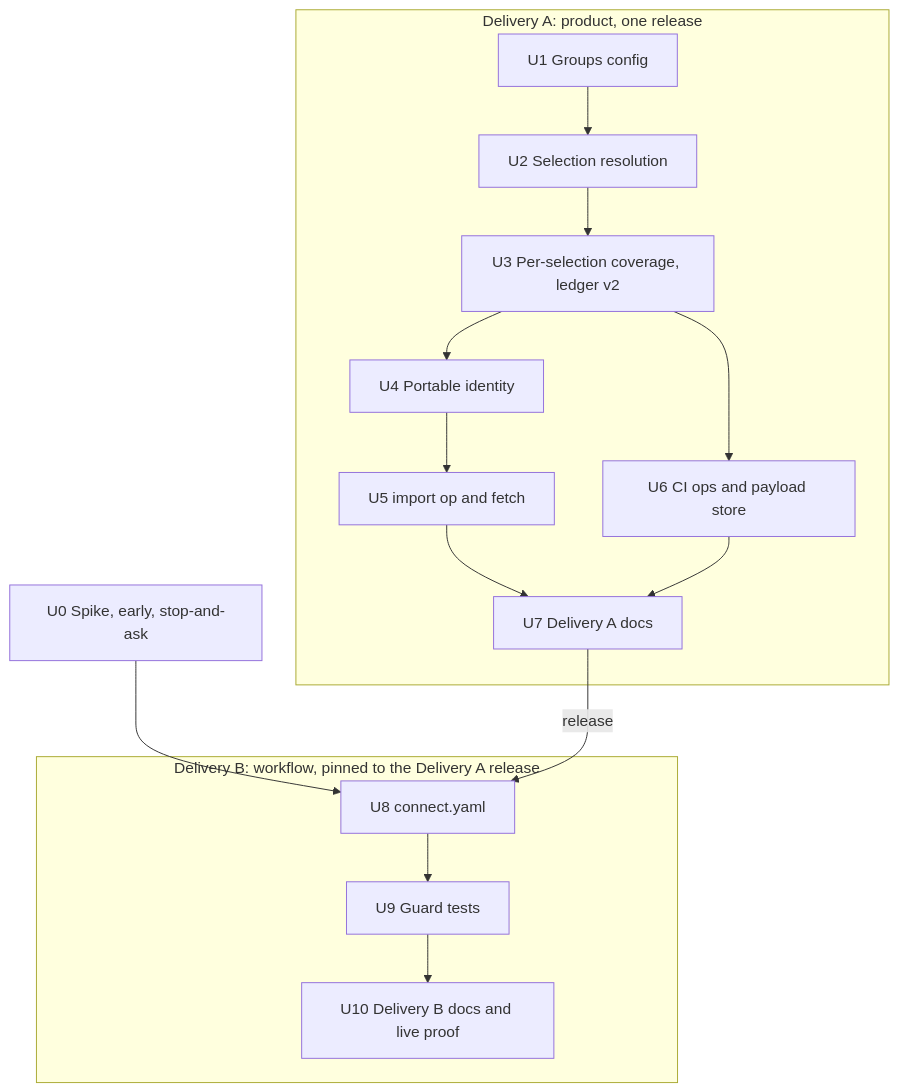
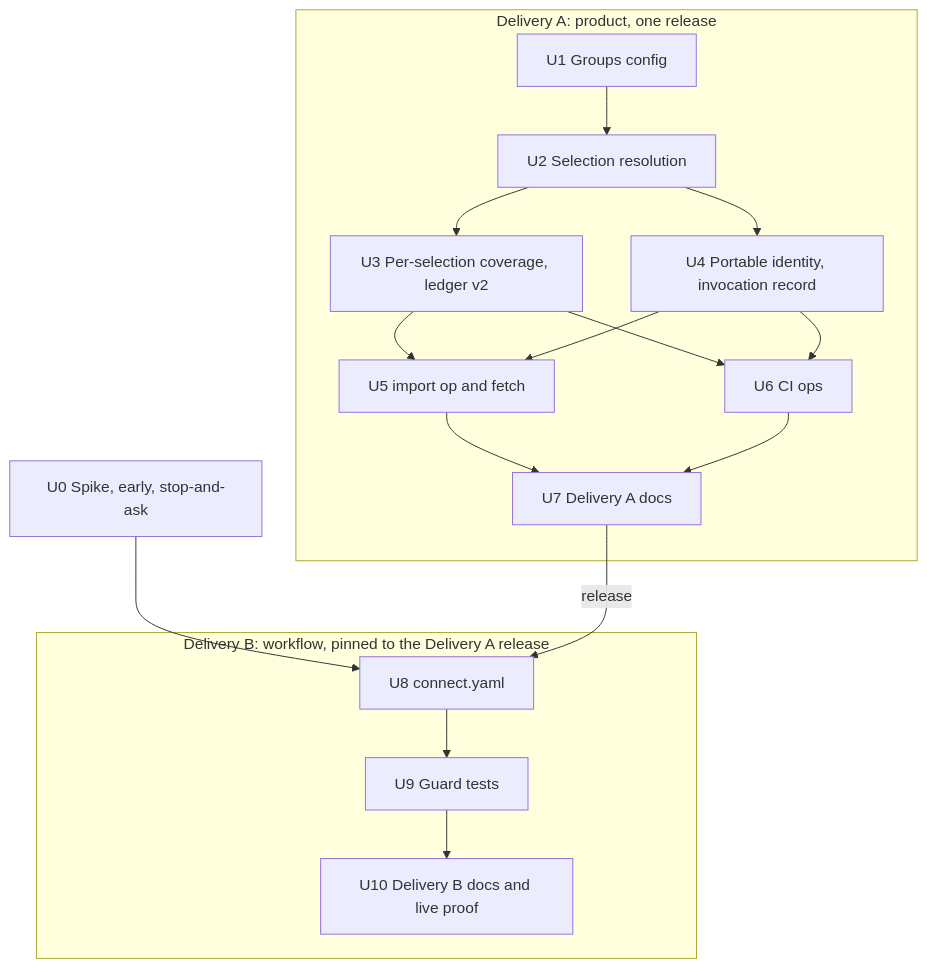
The second of 2 diagrams in docs/plans/2026-11-12-001-feat-connect-groups-scheduled-runs-plan.md (marcusrbrown/systematic), drawn with Mermaid before and after one commit. The commit also changed other lines of this file, not shown here.

````diff
--- a/docs/plans/2026-11-12-001-feat-connect-groups-scheduled-runs-plan.md
+++ b/docs/plans/2026-11-12-001-feat-connect-groups-scheduled-runs-plan.md
@@ -428,18 +449,20 @@
 ```mermaid
 flowchart TB
     subgraph A[Delivery A: product, one release]
       U1[U1 Groups config] --> U2[U2 Selection resolution]
       U2 --> U3[U3 Per-selection coverage, ledger v2]
-      U3 --> U4[U4 Portable identity]
-      U4 --> U5[U5 import op and fetch]
-      U3 --> U6[U6 CI ops and payload store]
+      U2 --> U4[U4 Portable identity, invocation record]
+      U3 --> U5[U5 import op and fetch]
+      U4 --> U5
+      U3 --> U6[U6 CI ops]
+      U4 --> U6
       U5 --> U7[U7 Delivery A docs]
       U6 --> U7
     end
     subgraph B[Delivery B: workflow, pinned to the Delivery A release]
       U8[U8 connect.yaml] --> U9[U9 Guard tests]
       U9 --> U10[U10 Delivery B docs and live proof]
     end
     U0[U0 Spike, early, stop-and-ask] --> U8
     U7 -->|release| U8
 ```
````
